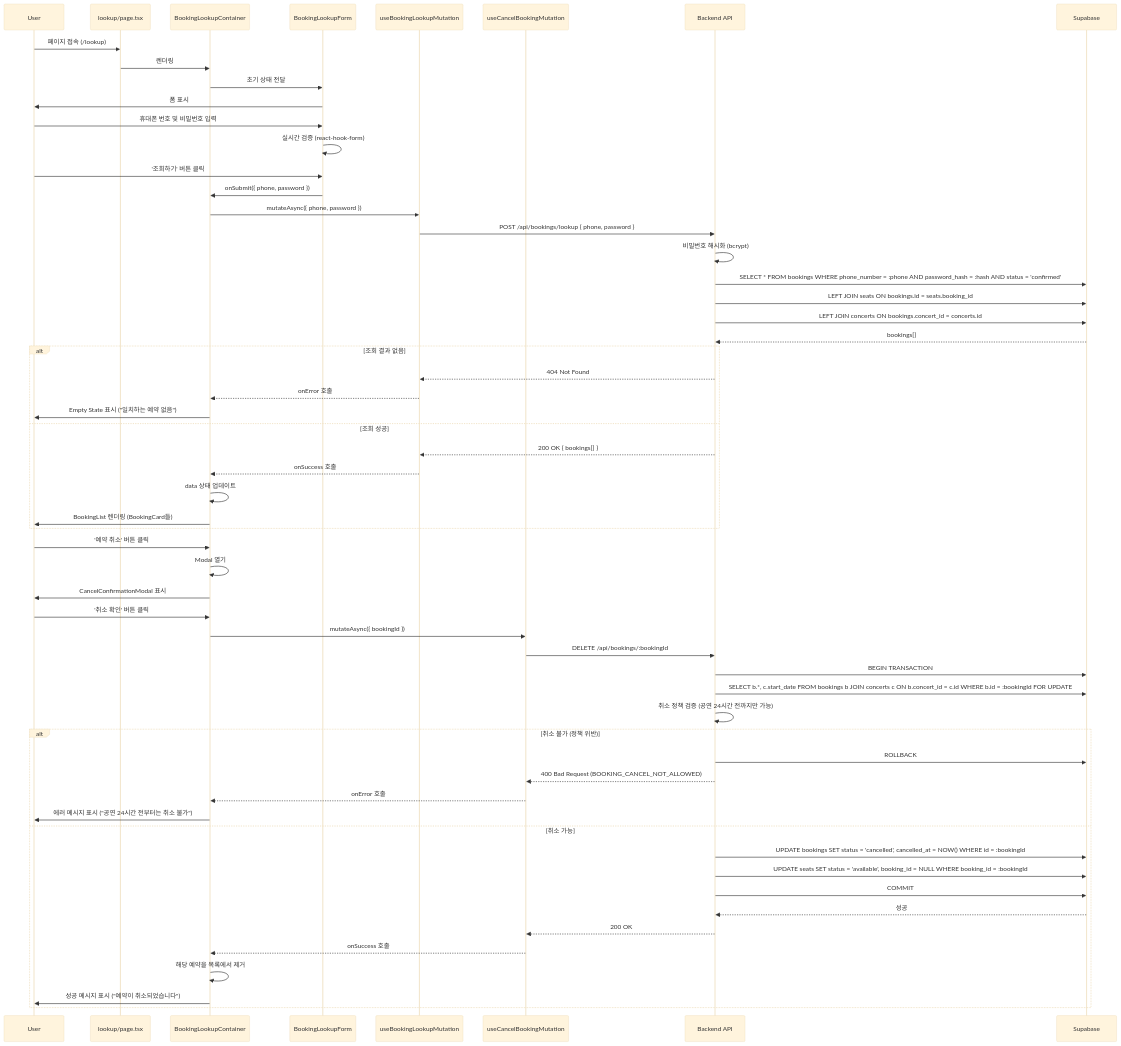
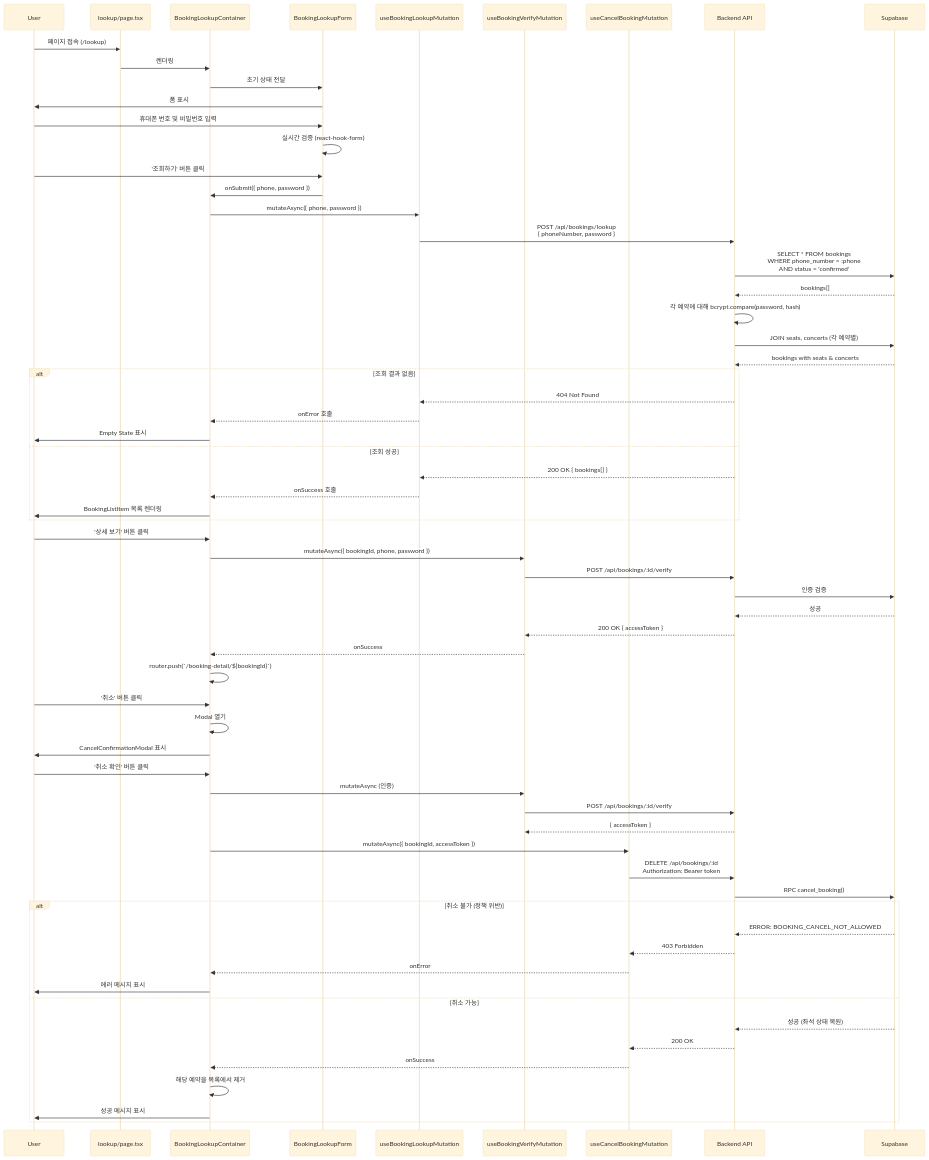
Before and after one commit to xodnjs1219-cpu/vmc-c3-: the second of 3 diagrams in docs/pages/booking-search/plan.md, drawn with Mermaid (base theme). The commit also changed other lines of this file, not shown here.

First line of the commit message:
docs(booking-search): plan.md 수정 - 기존 구현 반영 및 모듈 설계 개선

````diff
--- a/docs/pages/booking-search/plan.md
+++ b/docs/pages/booking-search/plan.md
@@ -205,69 +232,77 @@
 ```mermaid
 sequenceDiagram
     participant User
     participant Page as lookup/page.tsx
     participant Container as BookingLookupContainer
     participant Form as BookingLookupForm
     participant LookupMutation as useBookingLookupMutation
+    participant VerifyMutation as useBookingVerifyMutation
     participant CancelMutation as useCancelBookingMutation
     participant API as Backend API
     participant DB as Supabase
 
     User->>Page: 페이지 접속 (/lookup)
     Page->>Container: 렌더링
     Container->>Form: 초기 상태 전달
     Form->>User: 폼 표시
 
     User->>Form: 휴대폰 번호 및 비밀번호 입력
     Form->>Form: 실시간 검증 (react-hook-form)
     User->>Form: '조회하기' 버튼 클릭
 
     Form->>Container: onSubmit({ phone, password })
     Container->>LookupMutation: mutateAsync({ phone, password })
 
-    LookupMutation->>API: POST /api/bookings/lookup { phone, password }
-    API->>API: 비밀번호 해시화 (bcrypt)
-    API->>DB: SELECT * FROM bookings WHERE phone_number = :phone AND password_hash = :hash AND status = 'confirmed'
-    API->>DB: LEFT JOIN seats ON bookings.id = seats.booking_id
-    API->>DB: LEFT JOIN concerts ON bookings.concert_id = concerts.id
+    LookupMutation->>API: POST /api/bookings/lookup<br/>{ phoneNumber, password }
+    API->>DB: SELECT * FROM bookings<br/>WHERE phone_number = :phone<br/>AND status = 'confirmed'
     DB-->>API: bookings[]
+
+    API->>API: 각 예약에 대해 bcrypt.compare(password, hash)
+    API->>DB: JOIN seats, concerts (각 예약별)
+    DB-->>API: bookings with seats & concerts
 
     alt 조회 결과 없음
         API-->>LookupMutation: 404 Not Found
         LookupMutation-->>Container: onError 호출
-        Container->>User: Empty State 표시 ("일치하는 예약 없음")
+        Container->>User: Empty State 표시
     else 조회 성공
         API-->>LookupMutation: 200 OK { bookings[] }
         LookupMutation-->>Container: onSuccess 호출
-        Container->>Container: data 상태 업데이트
-        Container->>User: BookingList 렌더링 (BookingCard들)
+        Container->>User: BookingListItem 목록 렌더링
     end
 
-    User->>Container: '예약 취소' 버튼 클릭
+    User->>Container: '상세 보기' 버튼 클릭
+    Container->>VerifyMutation: mutateAsync({ bookingId, phone, password })
+    VerifyMutation->>API: POST /api/bookings/:id/verify
+    API->>DB: 인증 검증
+    DB-->>API: 성공
+    API-->>VerifyMutation: 200 OK { accessToken }
+    VerifyMutation-->>Container: onSuccess
+    Container->>Container: router.push(`/booking-detail/${bookingId}`)
+
+    User->>Container: '취소' 버튼 클릭
     Container->>Container: Modal 열기
     Container->>User: CancelConfirmationModal 표시
 
     User->>Container: '취소 확인' 버튼 클릭
-    Container->>CancelMutation: mutateAsync({ bookingId })
+    Container->>VerifyMutation: mutateAsync (인증)
+    VerifyMutation->>API: POST /api/bookings/:id/verify
+    API-->>VerifyMutation: { accessToken }
 
-    CancelMutation->>API: DELETE /api/bookings/:bookingId
-    API->>DB: BEGIN TRANSACTION
-    API->>DB: SELECT b.*, c.start_date FROM bookings b JOIN concerts c ON b.concert_id = c.id WHERE b.id = :bookingId FOR UPDATE
-    API->>API: 취소 정책 검증 (공연 24시간 전까지만 가능)
+    Container->>CancelMutation: mutateAsync({ bookingId, accessToken })
+    CancelMutation->>API: DELETE /api/bookings/:id<br/>Authorization: Bearer token
+    API->>DB: RPC cancel_booking()
 
     alt 취소 불가 (정책 위반)
-        API->>DB: ROLLBACK
-        API-->>CancelMutation: 400 Bad Request (BOOKING_CANCEL_NOT_ALLOWED)
-        CancelMutation-->>Container: onError 호출
-        Container->>User: 에러 메시지 표시 ("공연 24시간 전부터는 취소 불가")
+        DB-->>API: ERROR: BOOKING_CANCEL_NOT_ALLOWED
+        API-->>CancelMutation: 403 Forbidden
+        CancelMutation-->>Container: onError
+        Container->>User: 에러 메시지 표시
     else 취소 가능
-        API->>DB: UPDATE bookings SET status = 'cancelled', cancelled_at = NOW() WHERE id = :bookingId
-        API->>DB: UPDATE seats SET status = 'available', booking_id = NULL WHERE booking_id = :bookingId
-        API->>DB: COMMIT
-        DB-->>API: 성공
+        DB-->>API: 성공 (좌석 상태 복원)
         API-->>CancelMutation: 200 OK
-        CancelMutation-->>Container: onSuccess 호출
+        CancelMutation-->>Container: onSuccess
         Container->>Container: 해당 예약을 목록에서 제거
-        Container->>User: 성공 메시지 표시 ("예약이 취소되었습니다")
+        Container->>User: 성공 메시지 표시
     end
 ```
````
